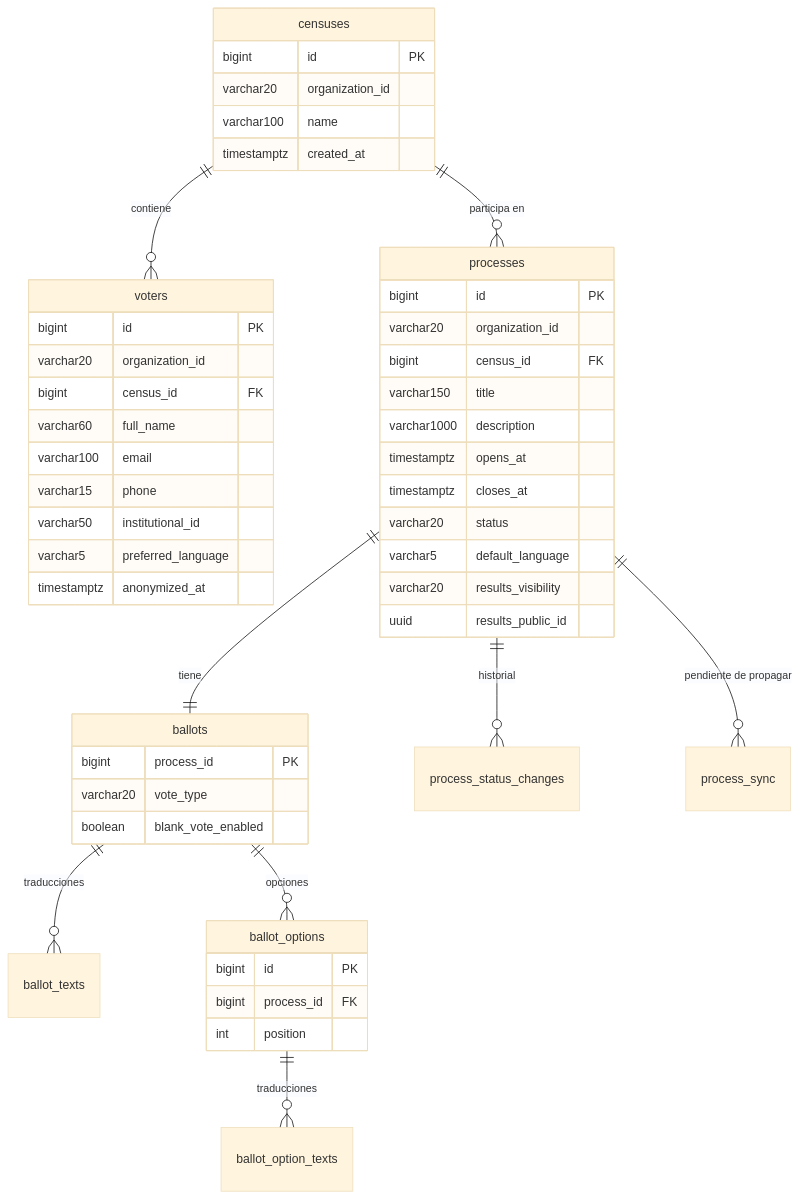
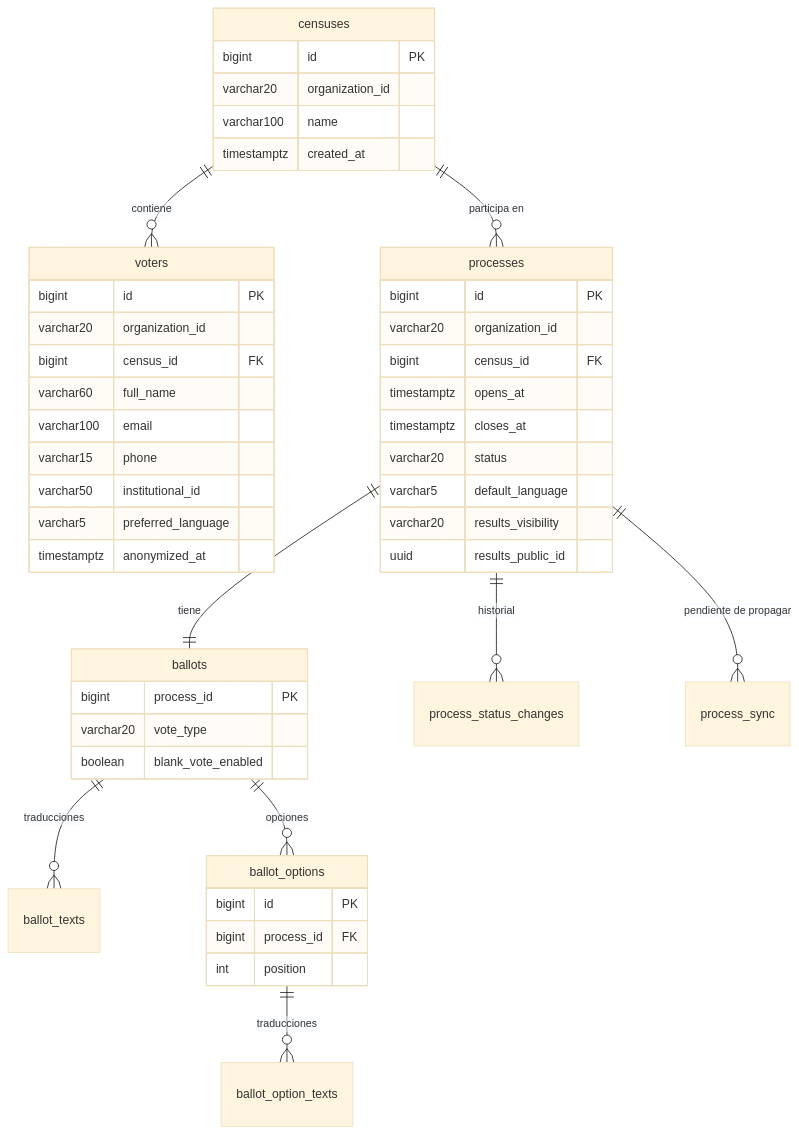
The second of 4 diagrams in docs/architecture/data-model.md (saulrampa-ual/saas-digital-voting), drawn with Mermaid (base theme) before and after one commit. The commit also changed other lines of this file and 66 other files, not shown here.

````diff
--- a/docs/architecture/data-model.md
+++ b/docs/architecture/data-model.md
@@ -72,51 +72,49 @@
 ```mermaid
 erDiagram
     censuses ||--o{ voters : "contiene"
     censuses ||--o{ processes : "participa en"
     processes ||--|| ballots : "tiene"
     ballots ||--o{ ballot_texts : "traducciones"
     ballots ||--o{ ballot_options : "opciones"
     ballot_options ||--o{ ballot_option_texts : "traducciones"
     processes ||--o{ process_status_changes : "historial"
     processes ||--o{ process_sync : "pendiente de propagar"
     censuses {
         bigint id PK
         varchar20 organization_id
         varchar100 name
         timestamptz created_at
     }
     voters {
         bigint id PK
         varchar20 organization_id
         bigint census_id FK
         varchar60 full_name
         varchar100 email
         varchar15 phone
         varchar50 institutional_id
         varchar5 preferred_language
         timestamptz anonymized_at
     }
     processes {
         bigint id PK
         varchar20 organization_id
         bigint census_id FK
-        varchar150 title
-        varchar1000 description
         timestamptz opens_at
         timestamptz closes_at
         varchar20 status
         varchar5 default_language
         varchar20 results_visibility
         uuid results_public_id
     }
     ballots {
         bigint process_id PK
         varchar20 vote_type
         boolean blank_vote_enabled
     }
     ballot_options {
         bigint id PK
         bigint process_id FK
         int position
     }
 ```
````
